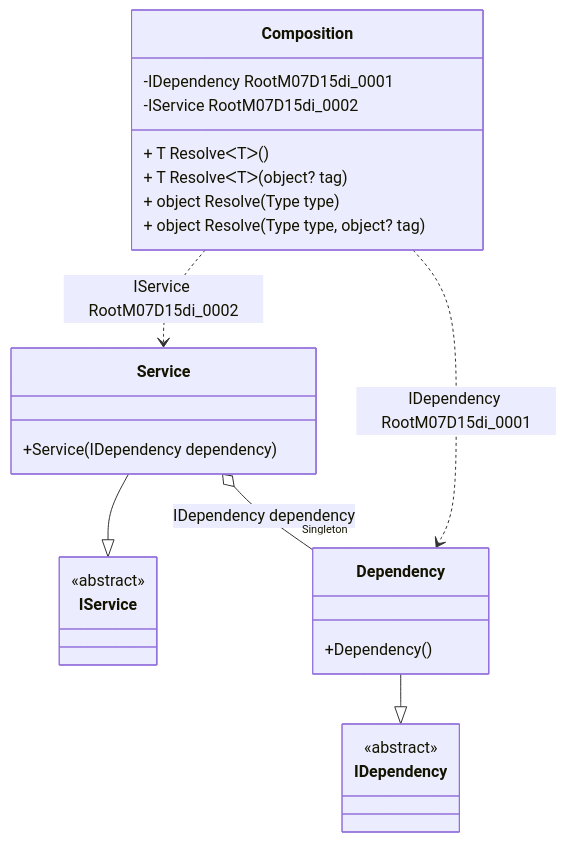
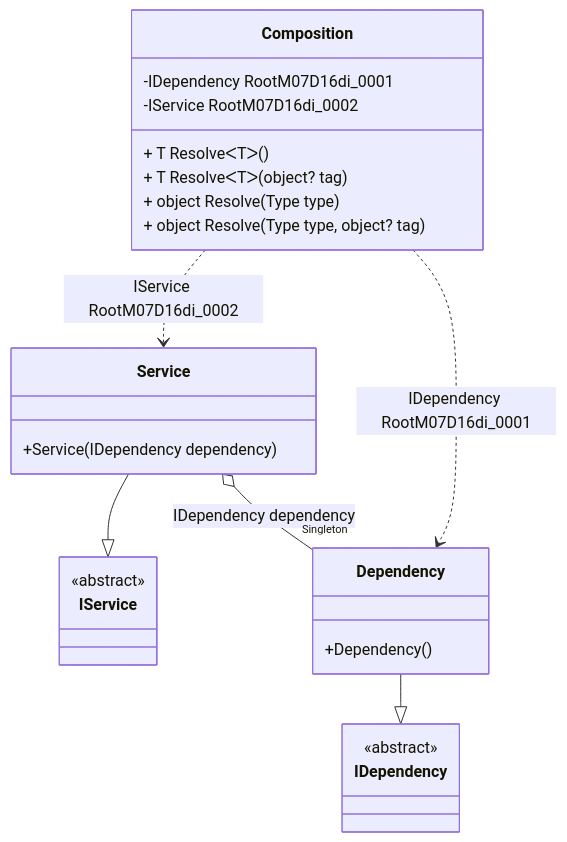
One commit to DevTeam/Pure.DI changed the diagram in readme/service-collection.md. Above: the diagram before and after it, drawn with Mermaid. The commit also changed other lines of this file and 51 other files, not shown here.

````diff
--- a/readme/service-collection.md
+++ b/readme/service-collection.md
@@ -75,28 +75,28 @@
 ```mermaid
 classDiagram
   class Composition {
-    -IDependency RootM07D15di_0001
-    -IService RootM07D15di_0002
+    -IDependency RootM07D16di_0001
+    -IService RootM07D16di_0002
     + T ResolveᐸTᐳ()
     + T ResolveᐸTᐳ(object? tag)
     + object Resolve(Type type)
     + object Resolve(Type type, object? tag)
   }
   Service --|> IService : 
   class Service {
     +Service(IDependency dependency)
   }
   Dependency --|> IDependency : 
   class Dependency {
     +Dependency()
   }
   class IService {
     <<abstract>>
   }
   class IDependency {
     <<abstract>>
   }
   Service o--  "Singleton" Dependency : IDependency dependency
-  Composition ..> Dependency : IDependency RootM07D15di_0001
-  Composition ..> Service : IService RootM07D15di_0002
+  Composition ..> Dependency : IDependency RootM07D16di_0001
+  Composition ..> Service : IService RootM07D16di_0002
 ```
````
